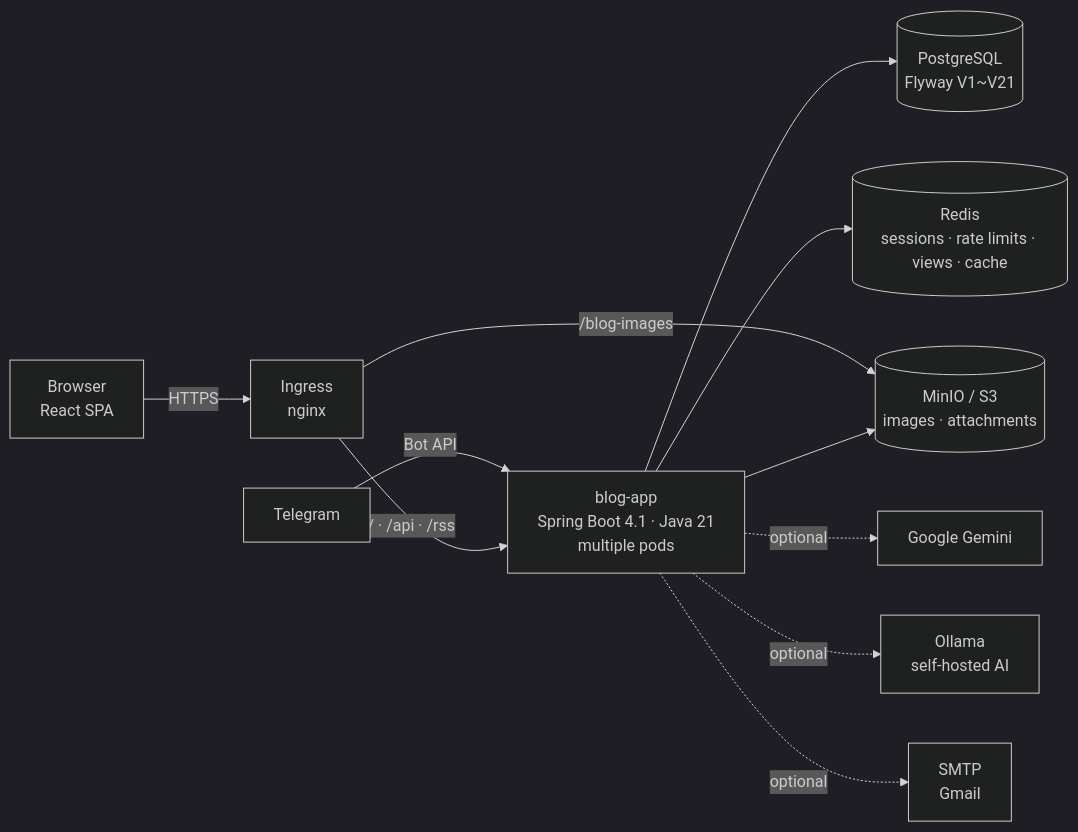
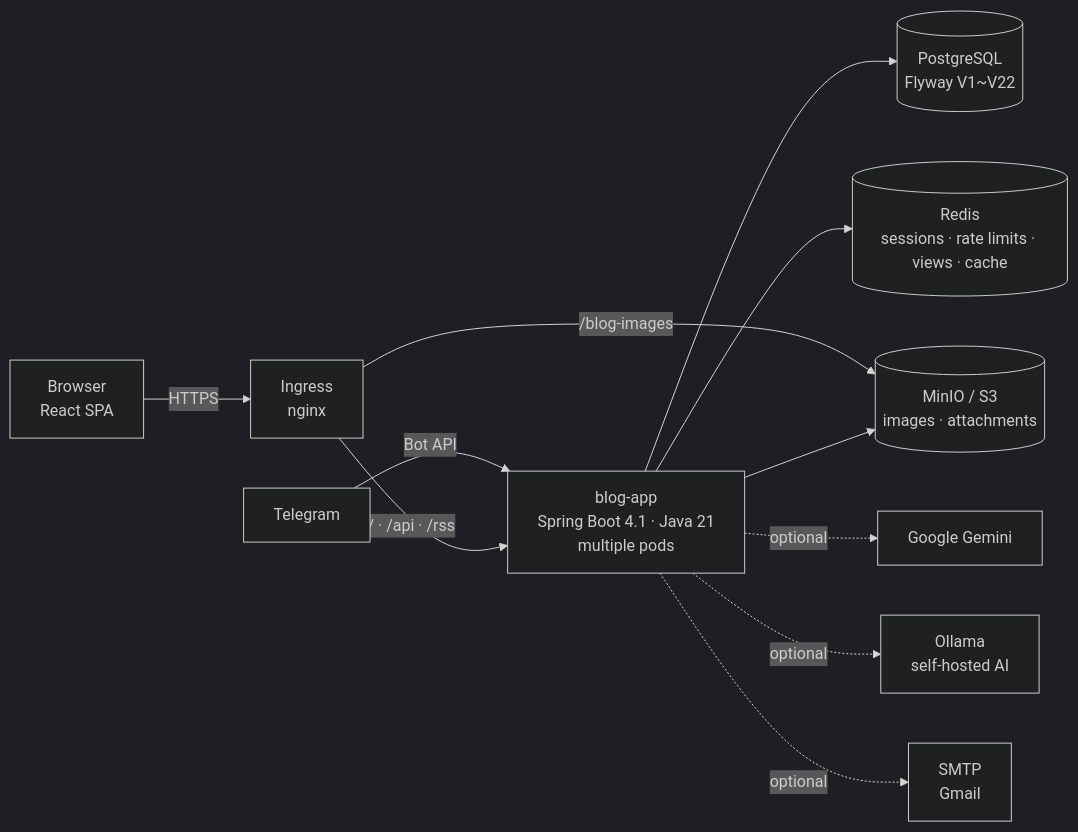
The first of 3 diagrams in README.en.md (AIGJ-01-002-blog/Devlog), drawn with Mermaid (dark theme) before and after one commit. The commit also changed other lines of this file and 32 other files, not shown here.

````diff
--- a/README.en.md
+++ b/README.en.md
@@ -151,13 +151,13 @@
 ```mermaid
 flowchart LR
     B[Browser<br/>React SPA] -->|HTTPS| I[Ingress<br/>nginx]
     T[Telegram] -->|Bot API| A
     I -->|/ · /api · /rss| A[blog-app<br/>Spring Boot 4.1 · Java 21<br/>multiple pods]
     I -->|/blog-images| M[(MinIO / S3<br/>images · attachments)]
-    A --> P[(PostgreSQL<br/>Flyway V1~V21)]
+    A --> P[(PostgreSQL<br/>Flyway V1~V22)]
     A --> R[(Redis<br/>sessions · rate limits · views · cache)]
     A --> M
     A -.optional.-> G[Google Gemini]
     A -.optional.-> O[Ollama<br/>self-hosted AI]
     A -.optional.-> S[SMTP<br/>Gmail]
 ```
````
